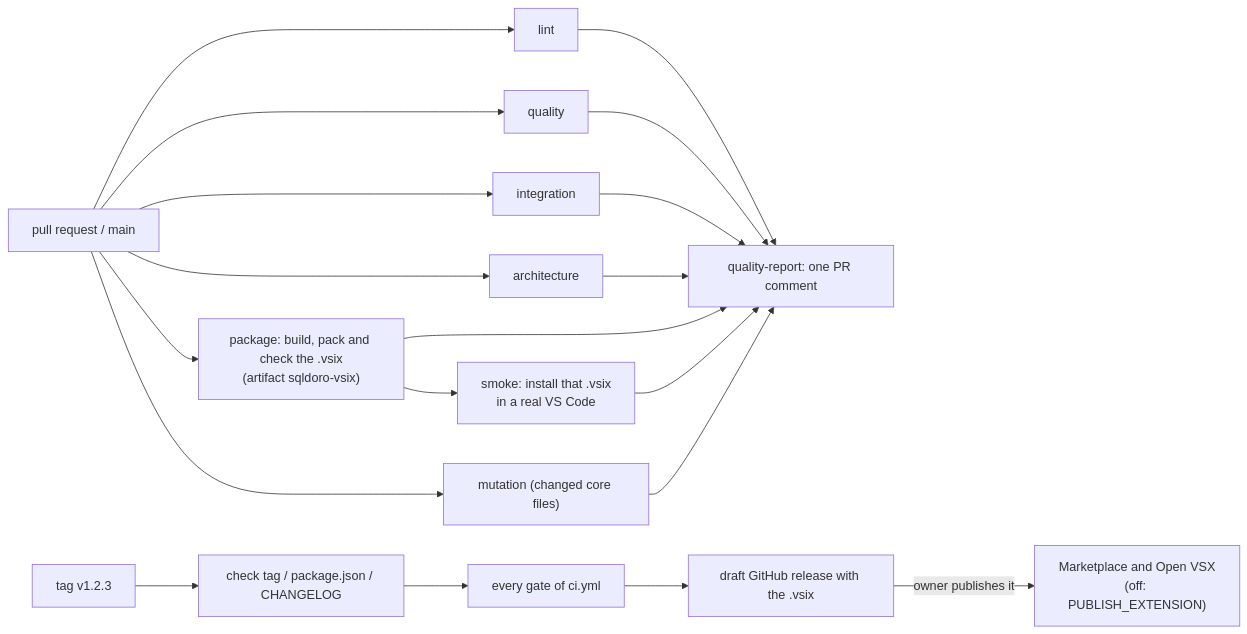
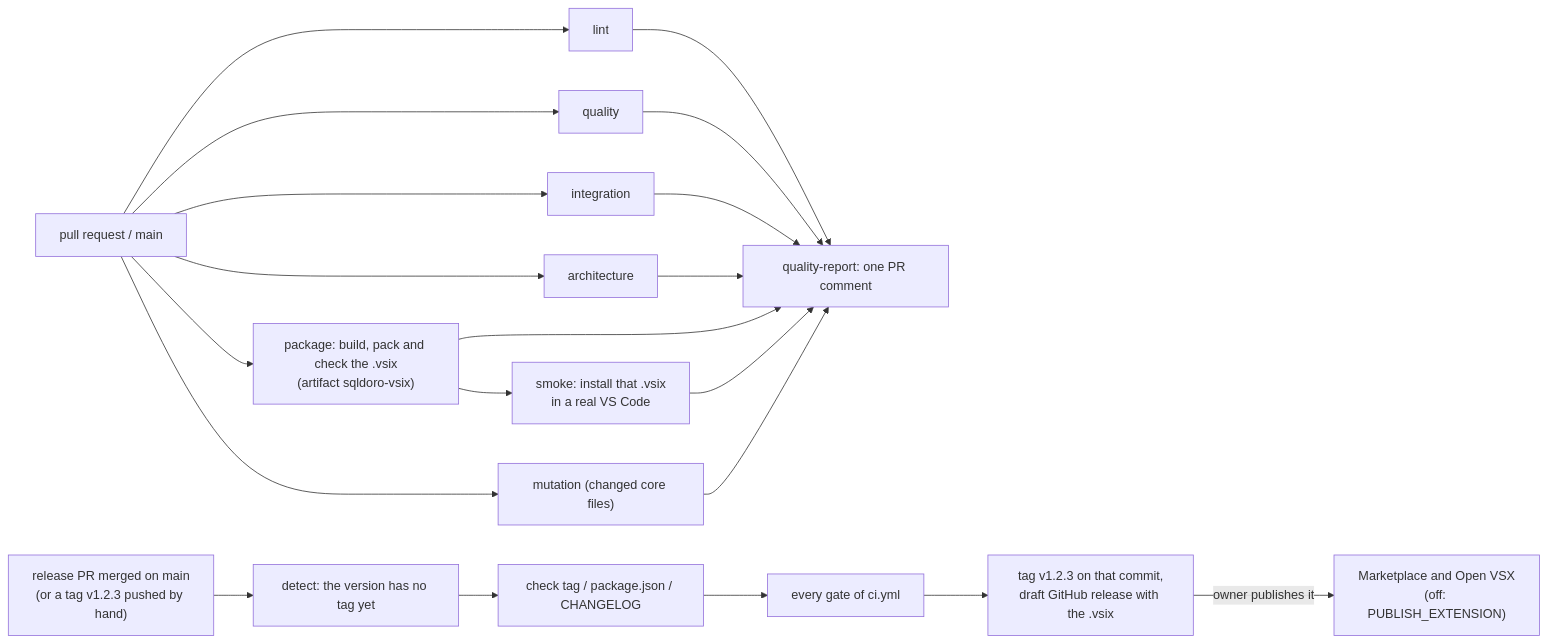
One commit to mathmed/sqldoro changed the fifth of 5 diagrams in docs/ARCHITECTURE.md. Above: the diagram before and after it, drawn with Mermaid. The commit also changed 12 other files, not shown here.

First line of the commit message:
ci: tag and draft the release when the release PR lands on main

````diff
--- a/docs/ARCHITECTURE.md
+++ b/docs/ARCHITECTURE.md
@@ -223,9 +223,9 @@
 ```mermaid
 flowchart LR
   pr["pull request / main"] --> lint & quality & integration & architecture & package
   package["package: build, pack and check the .vsix<br/>(artifact sqldoro-vsix)"] --> smoke["smoke: install that .vsix<br/>in a real VS Code"]
   pr --> mutation["mutation (changed core files)"]
   lint & quality & integration & architecture & package & smoke & mutation --> report["quality-report: one PR comment"]
-  tag["tag v1.2.3"] --> check["check tag / package.json / CHANGELOG"] --> gates["every gate of ci.yml"] --> draft["draft GitHub release with the .vsix"]
+  merge["release PR merged on main<br/>(or a tag v1.2.3 pushed by hand)"] --> detect["detect: the version has no tag yet"] --> check["check tag / package.json / CHANGELOG"] --> gates["every gate of ci.yml"] --> draft["tag v1.2.3 on that commit,<br/>draft GitHub release with the .vsix"]
   draft -->|"owner publishes it"| publish["Marketplace and Open VSX<br/>(off: PUBLISH_EXTENSION)"]
 ```
````
